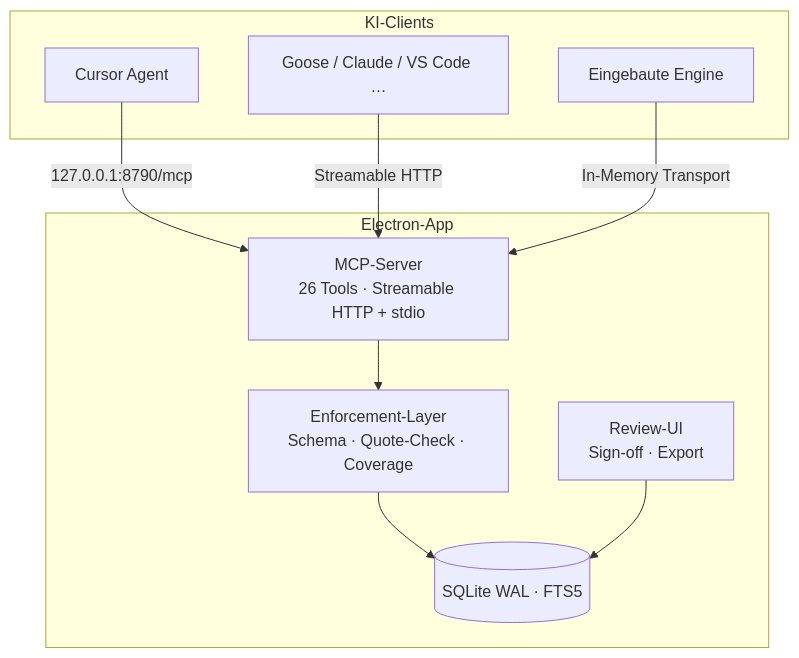
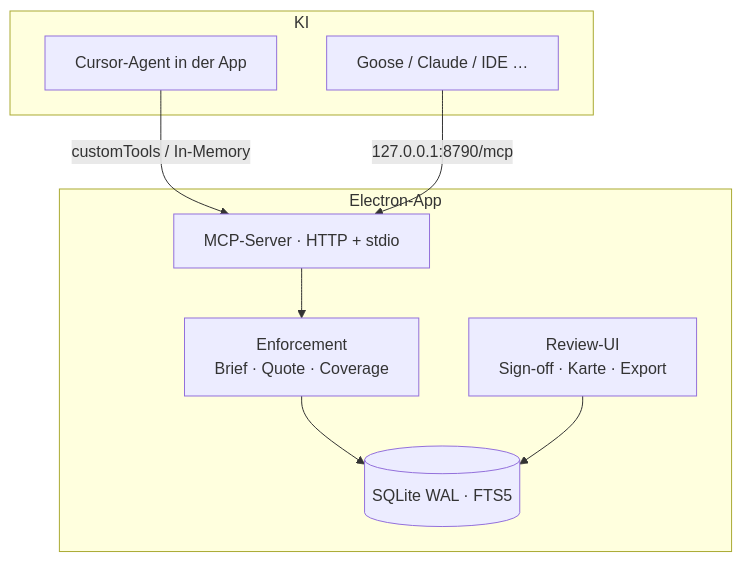
The second of 2 diagrams in README.md (renejes/apropos), drawn with Mermaid before and after one commit. The commit also changed other lines of this file and 31 other files, not shown here.

First line of the commit message:
Entfernt die Ollama-Engine und richtet den Alltagsweg auf Cursor plus Schreibpaket aus.

````diff
--- a/README.md
+++ b/README.md
@@ -29,21 +82,19 @@
 ```mermaid
 flowchart TB
-    subgraph clients [KI-Clients]
-        Cursor[Cursor Agent]
-        Others[Goose / Claude / VS Code …]
-        Engine[Eingebaute Engine]
+    subgraph clients [KI]
+        Cursor[Cursor-Agent in der App]
+        Others[Goose / Claude / IDE …]
     end
 
     subgraph app [Electron-App]
-        MCP[MCP-Server<br/>26 Tools · Streamable HTTP + stdio]
-        Enforce[Enforcement-Layer<br/>Schema · Quote-Check · Coverage]
+        MCP[MCP-Server · HTTP + stdio]
+        Enforce[Enforcement<br/>Brief · Quote · Coverage]
         DB[(SQLite WAL · FTS5)]
-        UI[Review-UI<br/>Sign-off · Export]
+        UI[Review-UI<br/>Sign-off · Karte · Export]
     end
 
-    Cursor -->|127.0.0.1:8790/mcp| MCP
-    Others -->|Streamable HTTP| MCP
-    Engine -->|In-Memory Transport| MCP
+    Cursor -->|customTools / In-Memory| MCP
+    Others -->|127.0.0.1:8790/mcp| MCP
     MCP --> Enforce --> DB
     UI --> DB
 ```
````
